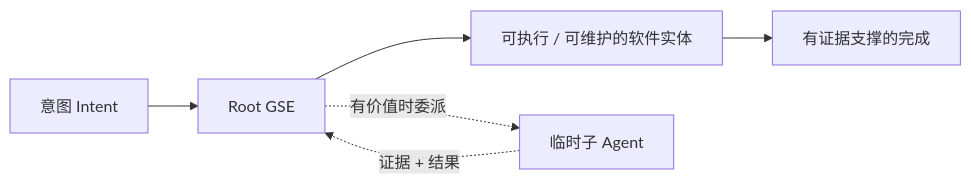
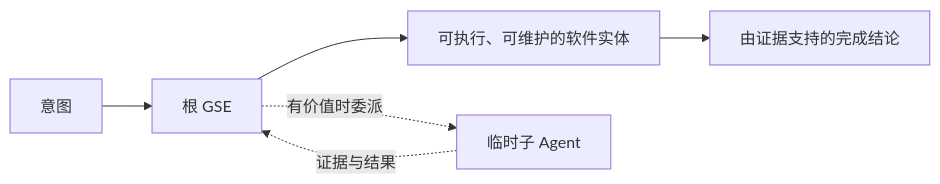
Before and after one commit to longbiaochen/generative-software-engineering: the diagram in README.zh-CN.md, drawn with Mermaid. The commit also changed other lines of this file and 4 other files, not shown here.

````diff
--- a/README.zh-CN.md
+++ b/README.zh-CN.md
@@ -13,8 +14,8 @@
 ```mermaid
 flowchart LR
-    A[意图 Intent] --> B[Root GSE]
-    B --> C[可执行 / 可维护的软件实体]
+    A[意图] --> B[根 GSE]
+    B --> C[可执行、可维护的软件实体]
     B -. 有价值时委派 .-> D[临时子 Agent]
-    D -. 证据 + 结果 .-> B
-    C --> E[有证据支撑的完成]
+    D -. 证据与结果 .-> B
+    C --> E[由证据支持的完成结论]
 ```
````
